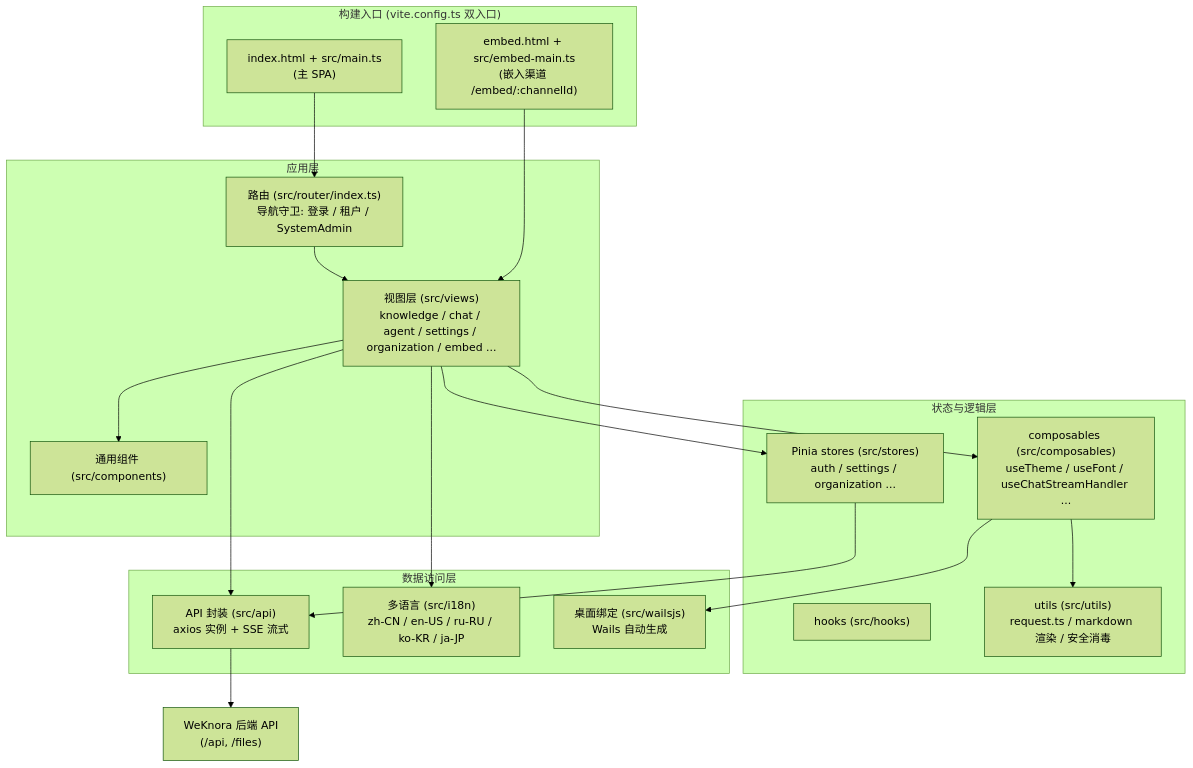
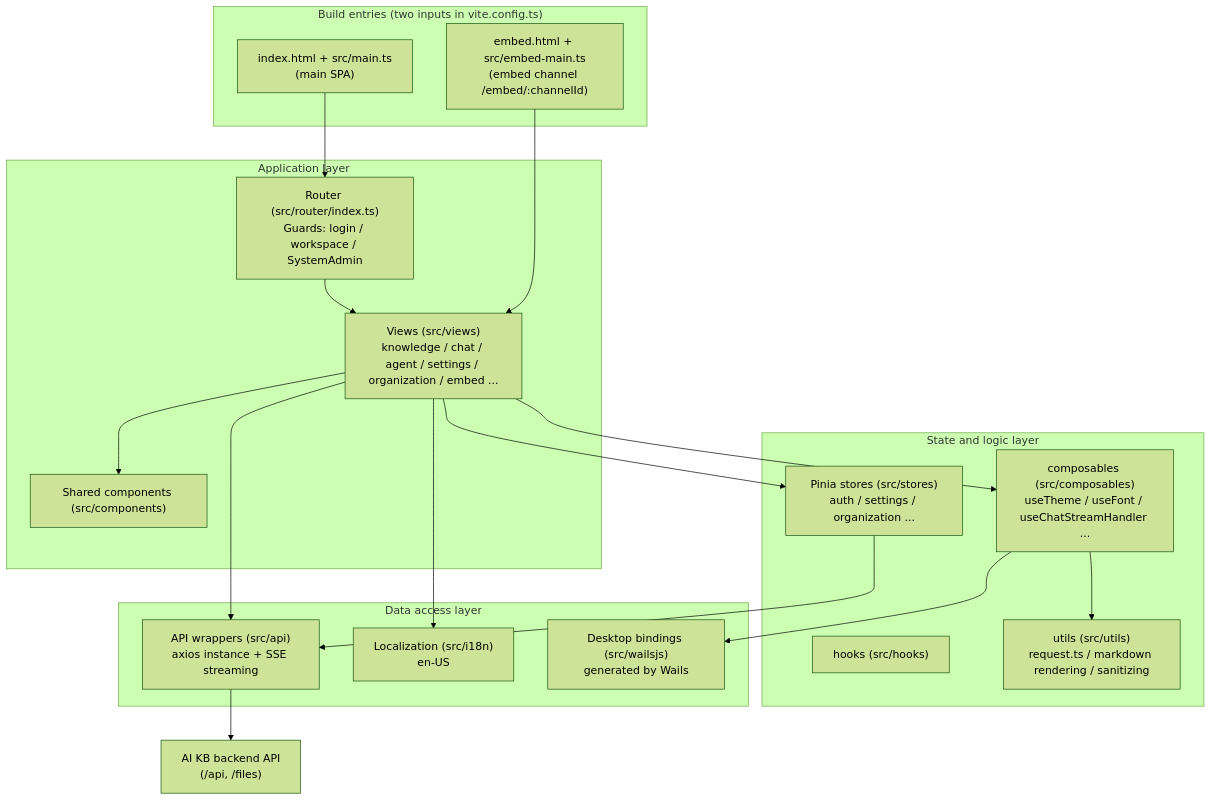
Before and after one commit to jrmatherly/ai-kb: the diagram in website-docs/05-clients/01-frontend.md, drawn with Mermaid (forest theme). The commit also changed other lines of this file and 7 other files, not shown here.

First line of the commit message:
docs(clients,development): translate frontend, CLI, Go SDK, database schema, extension points

````diff
--- a/website-docs/05-clients/01-frontend.md
+++ b/website-docs/05-clients/01-frontend.md
@@ -38,40 +42,40 @@
 ```mermaid
 flowchart TB
-    subgraph entries["构建入口 (vite.config.ts 双入口)"]
-        MAIN["index.html + src/main.ts<br/>(主 SPA)"]
-        EMBED["embed.html + src/embed-main.ts<br/>(嵌入渠道 /embed/:channelId)"]
+    subgraph entries["Build entries (two inputs in vite.config.ts)"]
+        MAIN["index.html + src/main.ts<br/>(main SPA)"]
+        EMBED["embed.html + src/embed-main.ts<br/>(embed channel /embed/:channelId)"]
     end
 
-    subgraph app["应用层"]
-        ROUTER["路由 (src/router/index.ts)<br/>导航守卫: 登录 / 租户 / SystemAdmin"]
-        VIEWS["视图层 (src/views)<br/>knowledge / chat / agent / settings / organization / embed ..."]
-        COMP["通用组件 (src/components)"]
+    subgraph app["Application layer"]
+        ROUTER["Router (src/router/index.ts)<br/>Guards: login / workspace / SystemAdmin"]
+        VIEWS["Views (src/views)<br/>knowledge / chat / agent / settings / organization / embed ..."]
+        COMP["Shared components (src/components)"]
     end
 
-    subgraph state["状态与逻辑层"]
+    subgraph state["State and logic layer"]
         STORES["Pinia stores (src/stores)<br/>auth / settings / organization ..."]
         COMPOSABLES["composables (src/composables)<br/>useTheme / useFont / useChatStreamHandler ..."]
         HOOKS["hooks (src/hooks)"]
-        UTILS["utils (src/utils)<br/>request.ts / markdown 渲染 / 安全消毒"]
+        UTILS["utils (src/utils)<br/>request.ts / markdown rendering / sanitizing"]
     end
 
-    subgraph io["数据访问层"]
-        API["API 封装 (src/api)<br/>axios 实例 + SSE 流式"]
-        I18N["多语言 (src/i18n)<br/>zh-CN / en-US / ru-RU / ko-KR / ja-JP"]
-        WAILS["桌面绑定 (src/wailsjs)<br/>Wails 自动生成"]
+    subgraph io["Data access layer"]
+        API["API wrappers (src/api)<br/>axios instance + SSE streaming"]
+        I18N["Localization (src/i18n)<br/>en-US"]
+        WAILS["Desktop bindings (src/wailsjs)<br/>generated by Wails"]
     end
 
-    BACKEND["WeKnora 后端 API<br/>(/api, /files)"]
+    BACKEND["AI KB backend API<br/>(/api, /files)"]
 
     MAIN --> ROUTER --> VIEWS
     EMBED --> VIEWS
     VIEWS --> COMP
     VIEWS --> STORES
     VIEWS --> COMPOSABLES
     COMPOSABLES --> UTILS
     STORES --> API
     VIEWS --> API
     API --> BACKEND
     VIEWS --> I18N
     COMPOSABLES --> WAILS
 ```
````
